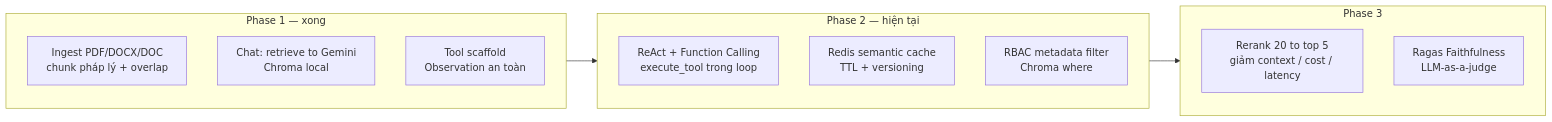
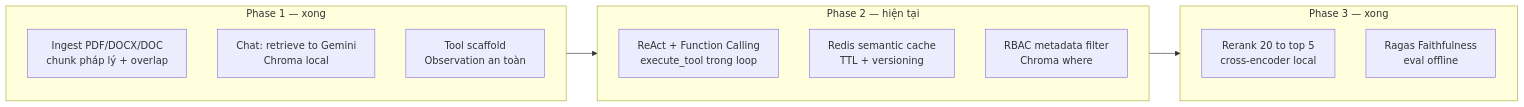
Diagram 13 of 13 in docs/architecture.md (ducchungtx/advanced-rag-agent), drawn with Mermaid before and after one commit. The commit also changed other lines of this file and 13 other files, not shown here.

Commit message:
Enhance configuration for Phase 3 by adding reranking capabilities with cross-encoder. Update dependencies in pyproject.toml and .env.example. Modify documentation to reflect new features and improve clarity on the reranking process.

````diff
--- a/docs/architecture.md
+++ b/docs/architecture.md
@@ -454,21 +458,21 @@
 ```mermaid
 flowchart LR
     subgraph P1["Phase 1 — xong"]
         A1[Ingest PDF/DOCX/DOC<br/>chunk pháp lý + overlap]
         A2[Chat: retrieve to Gemini<br/>Chroma local]
         A3[Tool scaffold<br/>Observation an toàn]
     end
 
     subgraph P2["Phase 2 — hiện tại"]
         B1[ReAct + Function Calling<br/>execute_tool trong loop]
         B2[Redis semantic cache<br/>TTL + versioning]
         B3[RBAC metadata filter<br/>Chroma where]
     end
 
-    subgraph P3["Phase 3"]
-        C1[Rerank 20 to top 5<br/>giảm context / cost / latency]
-        C2[Ragas Faithfulness<br/>LLM-as-a-judge]
+    subgraph P3["Phase 3 — xong"]
+        C1[Rerank 20 to top 5<br/>cross-encoder local]
+        C2[Ragas Faithfulness<br/>eval offline]
     end
 
     P1 --> P2 --> P3
 ```
````
